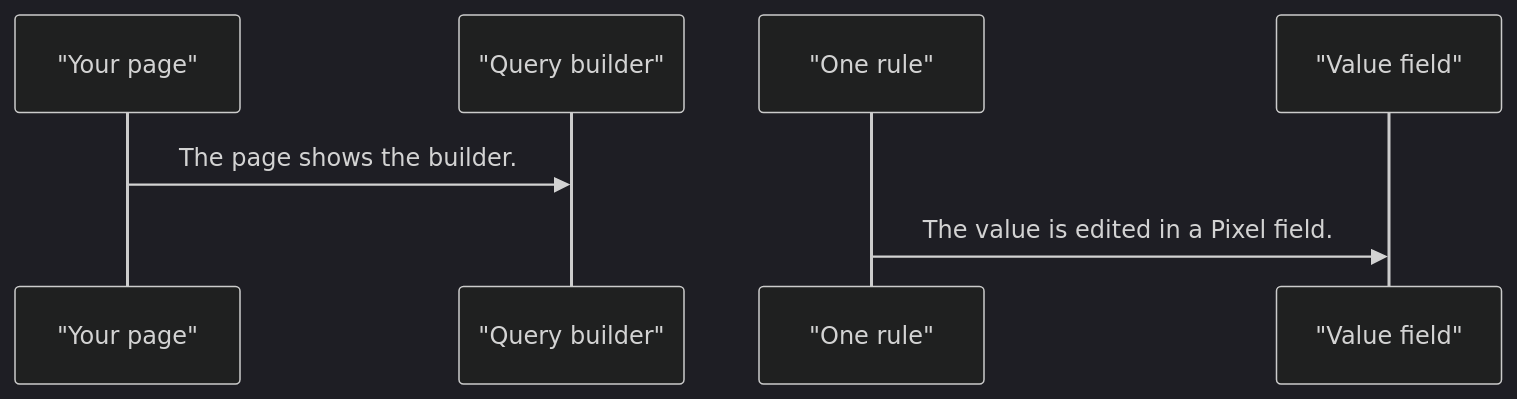
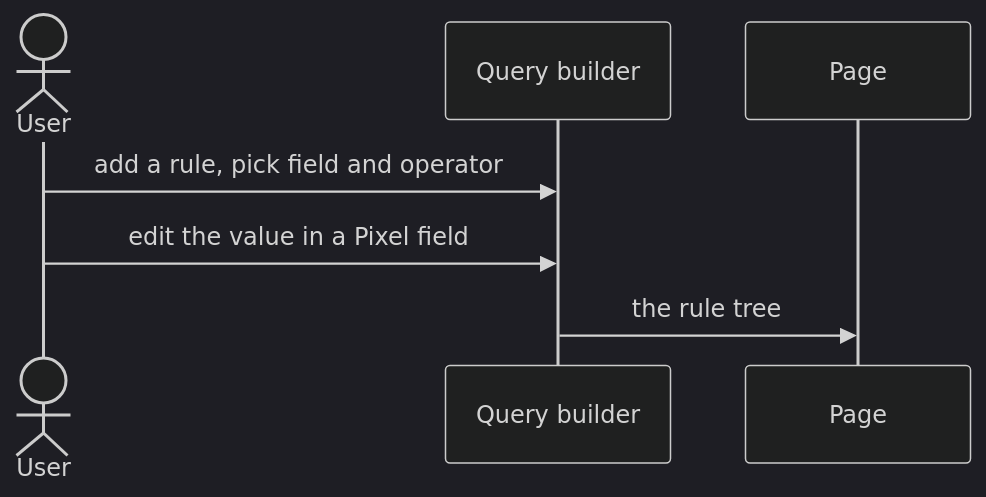
One commit to RajshekharBorate/pixel-ui changed the second of 4 diagrams in projects/pixel-ui/src/lib/pixel-query-builder/DESIGN.md. Above: the diagram before and after it, drawn with Mermaid (dark theme). The commit also changed other lines of this file and 73 other files, not shown here.

Commit message:
Explain who owns each value and what each flow does in every component and service design.

````diff
--- a/projects/pixel-ui/src/lib/pixel-query-builder/DESIGN.md
+++ b/projects/pixel-ui/src/lib/pixel-query-builder/DESIGN.md
@@ -58,9 +70,9 @@
 ```mermaid
 sequenceDiagram
-  participant page as "Your page"
-  participant builder as "Query builder"
-  participant rule as "One rule"
-  participant value as "Value field"
-  page->>builder: The page shows the builder.
-  rule->>value: The value is edited in a Pixel field.
+  actor User
+  participant Builder as Query builder
+  participant Page
+  User->>Builder: add a rule, pick field and operator
+  User->>Builder: edit the value in a Pixel field
+  Builder->>Page: the rule tree
 ```
````
